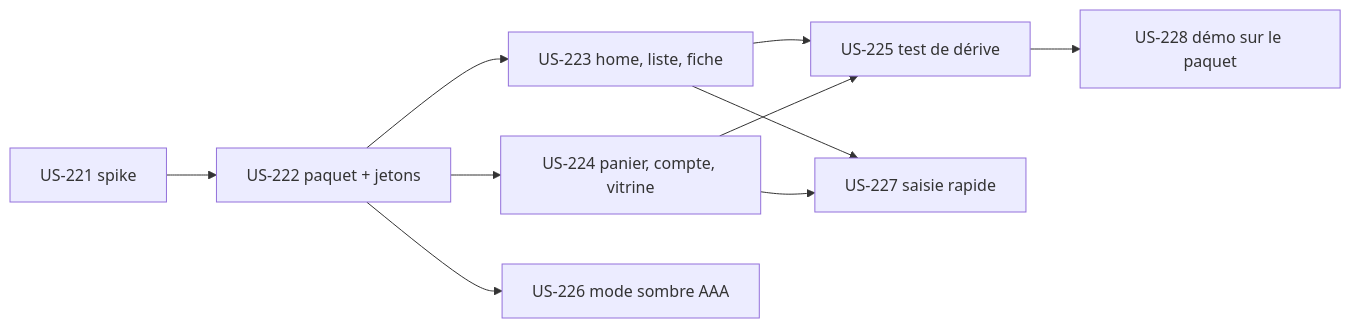
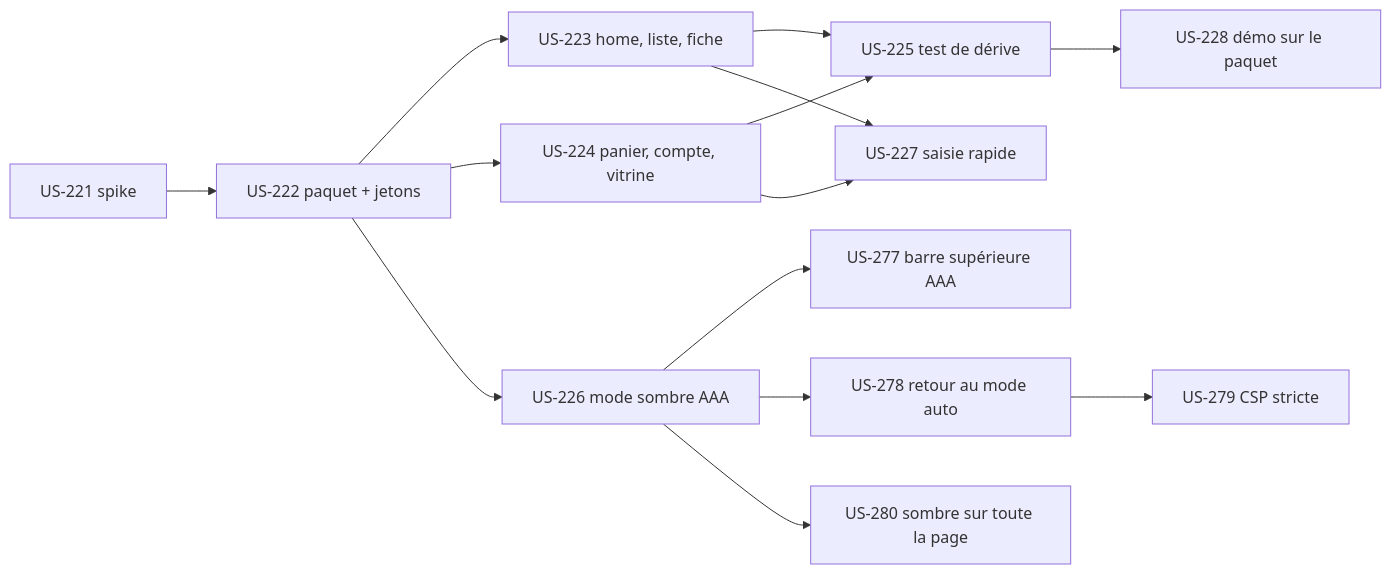
Before and after one commit to thibmonier/sylius-b2b-demo: the diagram in project-management/backlog/epics/EPIC-18.md, drawn with Mermaid. The commit also changed other lines of this file and 11 other files, not shown here.

````diff
--- a/project-management/backlog/epics/EPIC-18.md
+++ b/project-management/backlog/epics/EPIC-18.md
@@ -44,12 +48,16 @@
 ```mermaid
 graph LR
     US221[US-221 spike] --> US222[US-222 paquet + jetons]
     US222 --> US223[US-223 home, liste, fiche]
     US222 --> US224[US-224 panier, compte, vitrine]
     US222 --> US226[US-226 mode sombre AAA]
+    US226 --> US277[US-277 barre supérieure AAA]
+    US226 --> US278[US-278 retour au mode auto]
+    US278 --> US279[US-279 CSP stricte]
+    US226 --> US280[US-280 sombre sur toute la page]
     US223 --> US225[US-225 test de dérive]
     US224 --> US225
     US223 --> US227[US-227 saisie rapide]
     US224 --> US227
     US225 --> US228[US-228 démo sur le paquet]
 ```
````
